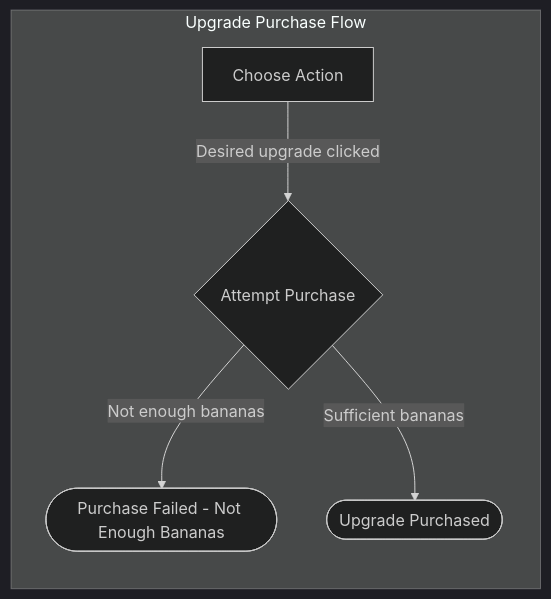
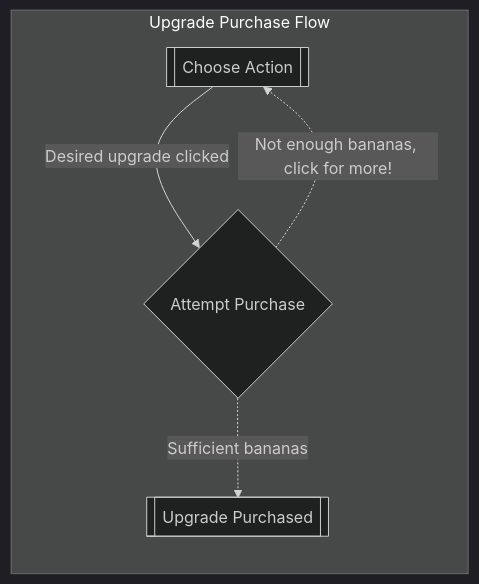
One commit to LiamMcCausland/Banana-Clicker changed the second of 2 diagrams in flows.md. Above: the diagram before and after it, drawn with Mermaid (dark theme). The commit also changed other lines of this file, not shown here.

````diff
--- a/flows.md
+++ b/flows.md
@@ -30,14 +30,13 @@
 ```mermaid
-flowchart TB
+    flowchart TB
     subgraph Upgrade Purchase Flow
         direction TB
-        getAction2[Choose Action]
+        getAction2[[Choose Action]]
         purchaseU{Attempt Purchase}
-        purchaseFail([Purchase Failed - Not Enough Bananas])
-        purchaseSuccess([Upgrade Purchased])
+        purchaseSuccess[[Upgrade Purchased]]
 
         getAction2 -- Desired upgrade clicked --> purchaseU
-        purchaseU -- Not enough bananas --> purchaseFail
-        purchaseU -- Sufficient bananas --> purchaseSuccess
+        purchaseU -. Not enough bananas, click for more! .-> getAction2
+        purchaseU -. Sufficient bananas .-> purchaseSuccess
     end
 ```
````
